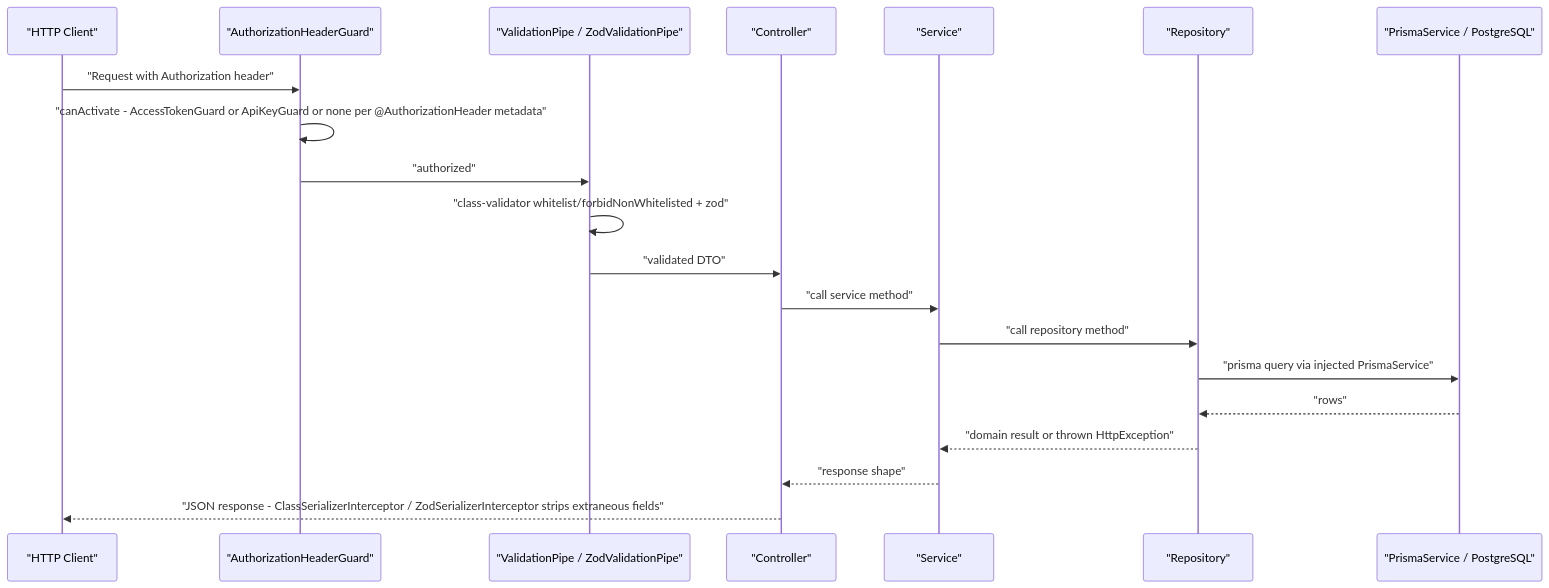
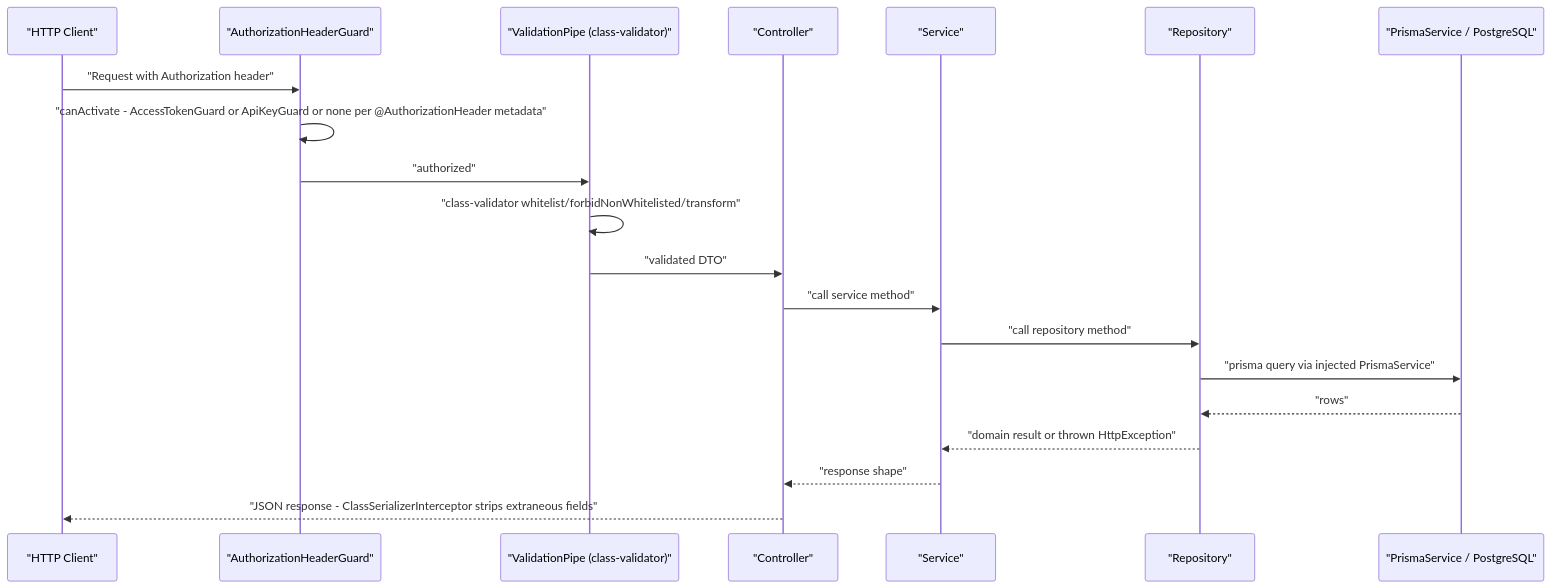
One commit to dangxuanthangqt/ecom changed the third of 5 diagrams in docs/system/architecture.md. Above: the diagram before and after it, drawn with Mermaid. The commit also changed other lines of this file and 9 other files, not shown here.

````diff
--- a/docs/system/architecture.md
+++ b/docs/system/architecture.md
@@ -98,23 +98,23 @@
 ```mermaid
 sequenceDiagram
     participant C as "HTTP Client"
     participant G as "AuthorizationHeaderGuard"
-    participant P as "ValidationPipe / ZodValidationPipe"
+    participant P as "ValidationPipe (class-validator)"
     participant Ctrl as "Controller"
     participant S as "Service"
     participant R as "Repository"
     participant DB as "PrismaService / PostgreSQL"
 
     C->>G: "Request with Authorization header"
     G->>G: "canActivate - AccessTokenGuard or ApiKeyGuard or none per @AuthorizationHeader metadata"
     G->>P: "authorized"
-    P->>P: "class-validator whitelist/forbidNonWhitelisted + zod"
+    P->>P: "class-validator whitelist/forbidNonWhitelisted/transform"
     P->>Ctrl: "validated DTO"
     Ctrl->>S: "call service method"
     S->>R: "call repository method"
     R->>DB: "prisma query via injected PrismaService"
     DB-->>R: "rows"
     R-->>S: "domain result or thrown HttpException"
     S-->>Ctrl: "response shape"
-    Ctrl-->>C: "JSON response - ClassSerializerInterceptor / ZodSerializerInterceptor strips extraneous fields"
+    Ctrl-->>C: "JSON response - ClassSerializerInterceptor strips extraneous fields"
 ```
````
